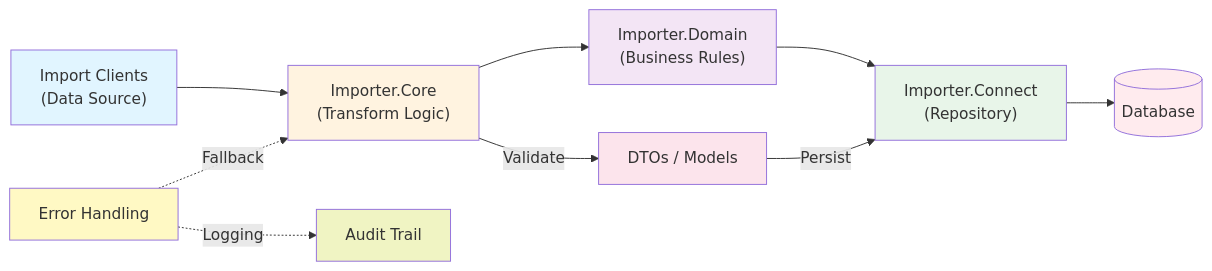
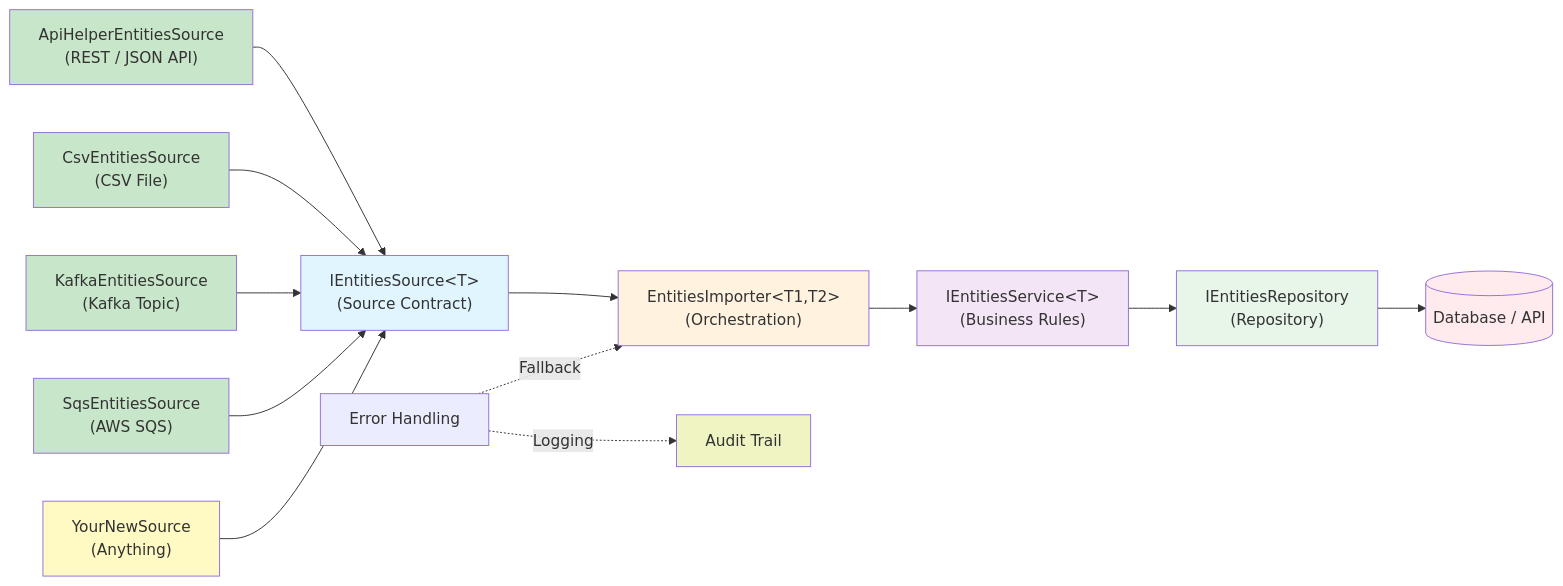
The first of 2 diagrams in Presentation.md (HamidNaser/ImportEntities), drawn with Mermaid before and after one commit. The commit also changed other lines of this file and 25 other files, not shown here.

````diff
--- a/Presentation.md
+++ b/Presentation.md
@@ -14,22 +24,28 @@
 ```mermaid
 graph LR
-    A["Import Clients<br/>(Data Source)"] --> B["Importer.Core<br/>(Transform Logic)"]
-    B --> C["Importer.Domain<br/>(Business Rules)"]
-    C --> D["Importer.Connect<br/>(Repository)"]
-    D --> E[("Database")]
-    
-    B -->|Validate| F["DTOs / Models"]
-    F -->|Persist| D
-    
+    SRC_HTTP["ApiHelperEntitiesSource<br/>(REST / JSON API)"] --> A
+    SRC_CSV["CsvEntitiesSource<br/>(CSV File)"] --> A
+    SRC_KAFKA["KafkaEntitiesSource<br/>(Kafka Topic)"] --> A
+    SRC_SQS["SqsEntitiesSource<br/>(AWS SQS)"] --> A
+    SRC_NEW["YourNewSource<br/>(Anything)"] --> A
+
+    A["IEntitiesSource&lt;T&gt;<br/>(Source Contract)"] --> B["EntitiesImporter&lt;T1,T2&gt;<br/>(Orchestration)"]
+    B --> C["IEntitiesService&lt;T&gt;<br/>(Business Rules)"]
+    C --> D["IEntitiesRepository<br/>(Repository)"]
+    D --> E[("Database / API")]
+
     H["Error Handling"] -.->|Fallback| B
     H -.->|Logging| I["Audit Trail"]
-    
+
+    style SRC_HTTP fill:#c8e6c9
+    style SRC_CSV fill:#c8e6c9
+    style SRC_KAFKA fill:#c8e6c9
+    style SRC_SQS fill:#c8e6c9
+    style SRC_NEW fill:#fff9c4
     style A fill:#e1f5ff
     style B fill:#fff3e0
     style C fill:#f3e5f5
     style D fill:#e8f5e9
     style E fill:#ffebee
-    style F fill:#fce4ec
-    style H fill:#fff9c4
     style I fill:#f0f4c3
 ```
````
